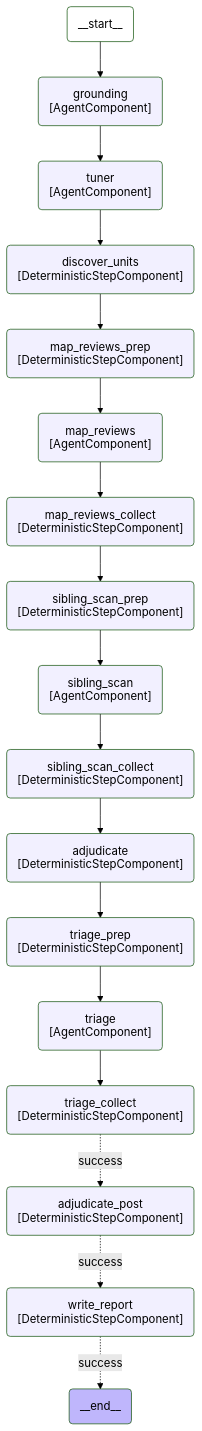
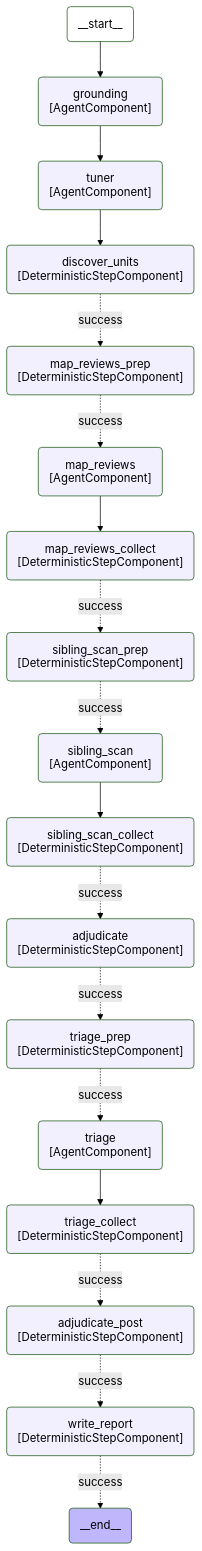
Before and after one commit to movax01h/ai-gateway: the eighth of 59 diagrams in docs/duo_workflow_service_graphs.md, drawn with Mermaid (forest theme). The commit also changed 3 other files, not shown here.

Commit message:
fix(bl-security): stop the flow at the deterministic step that failed

````diff
--- a/docs/duo_workflow_service_graphs.md
+++ b/docs/duo_workflow_service_graphs.md
@@ -253,44 +253,44 @@
 ```mermaid
 ---
 config:
     flowchart:
         curve: linear
 ---
 graph TD;
     __start__(__start__):::first;
     __end__(__end__):::last;
     __start__ --> grounding;
     grounding(grounding<br>#91;AgentComponent#93;);
     tuner(tuner<br>#91;AgentComponent#93;);
     discover_units(discover_units<br>#91;DeterministicStepComponent#93;);
     map_reviews_prep(map_reviews_prep<br>#91;DeterministicStepComponent#93;);
     map_reviews(map_reviews<br>#91;AgentComponent#93;);
     map_reviews_collect(map_reviews_collect<br>#91;DeterministicStepComponent#93;);
     sibling_scan_prep(sibling_scan_prep<br>#91;DeterministicStepComponent#93;);
     sibling_scan(sibling_scan<br>#91;AgentComponent#93;);
     sibling_scan_collect(sibling_scan_collect<br>#91;DeterministicStepComponent#93;);
     adjudicate(adjudicate<br>#91;DeterministicStepComponent#93;);
     triage_prep(triage_prep<br>#91;DeterministicStepComponent#93;);
     triage(triage<br>#91;AgentComponent#93;);
     triage_collect(triage_collect<br>#91;DeterministicStepComponent#93;);
     adjudicate_post(adjudicate_post<br>#91;DeterministicStepComponent#93;);
     write_report(write_report<br>#91;DeterministicStepComponent#93;);
     grounding --> tuner;
     tuner --> discover_units;
-    discover_units --> map_reviews_prep;
-    map_reviews_prep --> map_reviews;
+    discover_units -.->|"success"| map_reviews_prep;
+    map_reviews_prep -.->|"success"| map_reviews;
     map_reviews --> map_reviews_collect;
-    map_reviews_collect --> sibling_scan_prep;
-    sibling_scan_prep --> sibling_scan;
+    map_reviews_collect -.->|"success"| sibling_scan_prep;
+    sibling_scan_prep -.->|"success"| sibling_scan;
     sibling_scan --> sibling_scan_collect;
-    sibling_scan_collect --> adjudicate;
-    adjudicate --> triage_prep;
-    triage_prep --> triage;
+    sibling_scan_collect -.->|"success"| adjudicate;
+    adjudicate -.->|"success"| triage_prep;
+    triage_prep -.->|"success"| triage;
     triage --> triage_collect;
     triage_collect -.->|"success"| adjudicate_post;
     adjudicate_post -.->|"success"| write_report;
     write_report -.->|"success"| __end__;
     classDef default fill:#f2f0ff,line-height:1.2;
     classDef first fill-opacity:0;
     classDef last fill:#bfb6fc;
 ```
````
